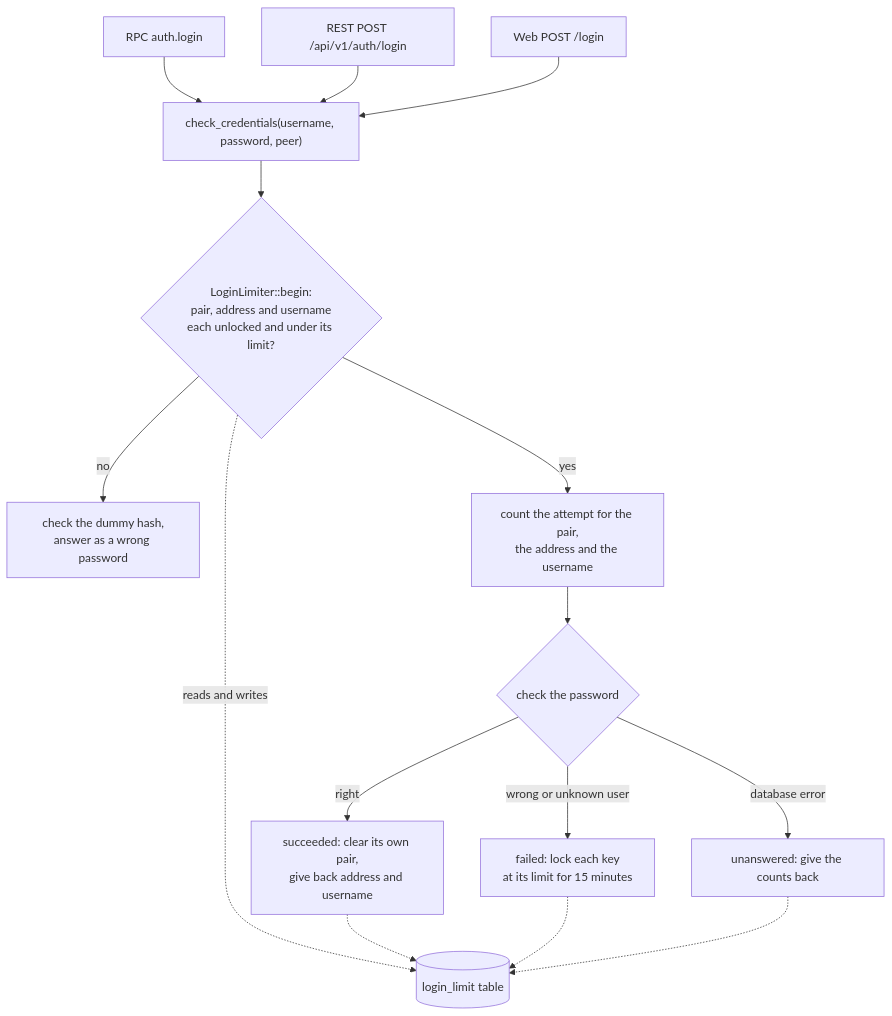
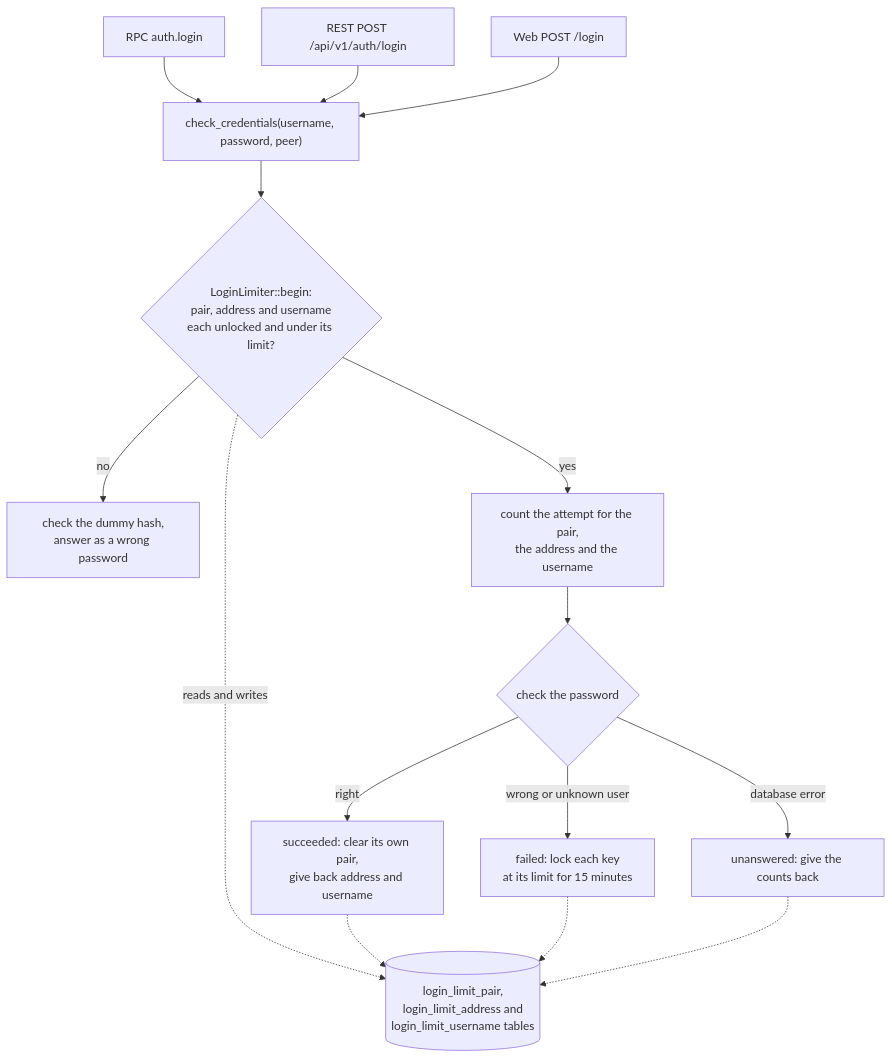
The diagram in docs/architecture/SERVER.md (bwks/sherpa), drawn with Mermaid before and after one commit. The commit also changed other lines of this file and 54 other files, not shown here.

First line of the commit message:
refactor(db): keep login counts in three narrow tables with addresses as bytes

````diff
--- a/docs/architecture/SERVER.md
+++ b/docs/architecture/SERVER.md
@@ -104,17 +104,17 @@
 ```mermaid
 flowchart TD
     rpc["RPC auth.login"] --> check
     rest["REST POST /api/v1/auth/login"] --> check
     web["Web POST /login"] --> check
     check["check_credentials(username, password, peer)"] --> begin{"LoginLimiter::begin:<br/>pair, address and username<br/>each unlocked and under its limit?"}
     begin -- no --> refused["check the dummy hash,<br/>answer as a wrong password"]
     begin -- yes --> count["count the attempt for the pair,<br/>the address and the username"]
     count --> verify{"check the password"}
     verify -- right --> success["succeeded: clear its own pair,<br/>give back address and username"]
     verify -- "wrong or unknown user" --> failure["failed: lock each key<br/>at its limit for 15 minutes"]
     verify -- "database error" --> unanswered["unanswered: give the counts back"]
-    begin -. reads and writes .-> table[("login_limit table")]
+    begin -. reads and writes .-> table[("login_limit_pair,<br/>login_limit_address and<br/>login_limit_username tables")]
     success -.-> table
     failure -.-> table
     unanswered -.-> table
 ```
````
